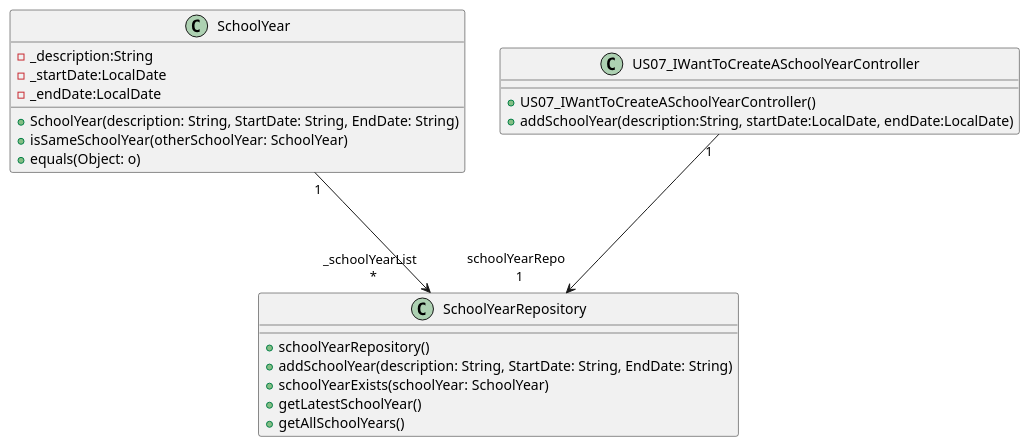
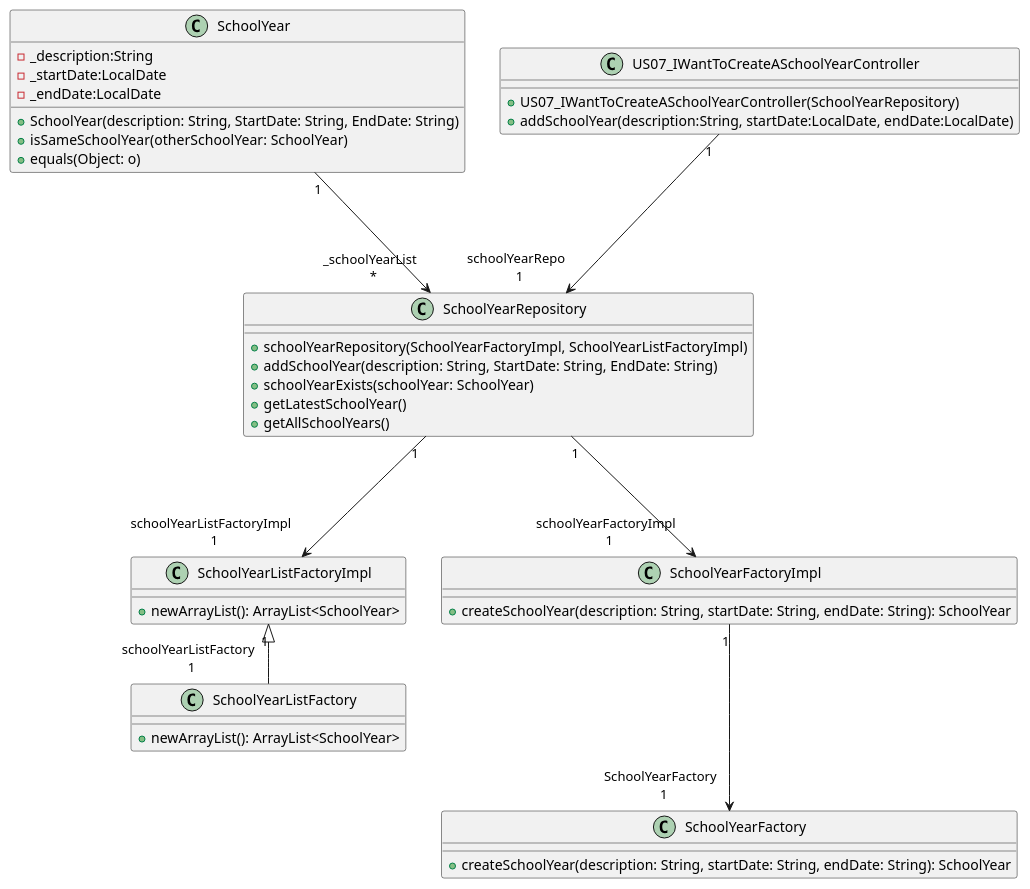
Before and after one commit to GasparISEP/DevOps-PAI: the diagram in docs/US07/US07_ClassDiagram.puml, drawn with PlantUML.

Commit message:
Updated US07 Class Diagram

```diff
--- a/docs/US07/US07_ClassDiagram.puml
+++ b/docs/US07/US07_ClassDiagram.puml
@@ -1,29 +1,49 @@
 @startuml
 'https://plantuml.com/class-diagram
 
 class SchoolYear {
     -_description:String
     -_startDate:LocalDate
     -_endDate:LocalDate
     +SchoolYear(description: String, StartDate: String, EndDate: String)
     +isSameSchoolYear(otherSchoolYear: SchoolYear)
     +equals(Object: o)
 }
 
 class SchoolYearRepository {
-    +schoolYearRepository()
+    +schoolYearRepository(SchoolYearFactoryImpl, SchoolYearListFactoryImpl)
     +addSchoolYear(description: String, StartDate: String, EndDate: String)
     +schoolYearExists(schoolYear: SchoolYear)
     +getLatestSchoolYear()
     +getAllSchoolYears()
 }
 
 class US07_IWantToCreateASchoolYearController {
-   +US07_IWantToCreateASchoolYearController()
+   +US07_IWantToCreateASchoolYearController(SchoolYearRepository)
    +addSchoolYear(description:String, startDate:LocalDate, endDate:LocalDate)
 }
 
+class SchoolYearListFactory {
+   +newArrayList(): ArrayList<SchoolYear>
+}
+
+class SchoolYearListFactoryImpl {
+   +newArrayList(): ArrayList<SchoolYear>
+}
+
+class SchoolYearFactory {
+   +createSchoolYear(description: String, startDate: String, endDate: String): SchoolYear
+}
+
+class SchoolYearFactoryImpl {
+   +createSchoolYear(description: String, startDate: String, endDate: String): SchoolYear
+}
+
+SchoolYearRepository "1" ---> "schoolYearListFactoryImpl \n 1" SchoolYearListFactoryImpl
+SchoolYearRepository "1" ---> "schoolYearFactoryImpl \n 1" SchoolYearFactoryImpl
+SchoolYearListFactoryImpl "1" <|-- "schoolYearListFactory \n 1" SchoolYearListFactory
 US07_IWantToCreateASchoolYearController "1" ---> "schoolYearRepo \n 1" SchoolYearRepository
 SchoolYear "1" ---> "_schoolYearList \n *" SchoolYearRepository
+SchoolYearFactoryImpl "1" ---> "SchoolYearFactory \n 1" SchoolYearFactory
 
 @enduml
```
